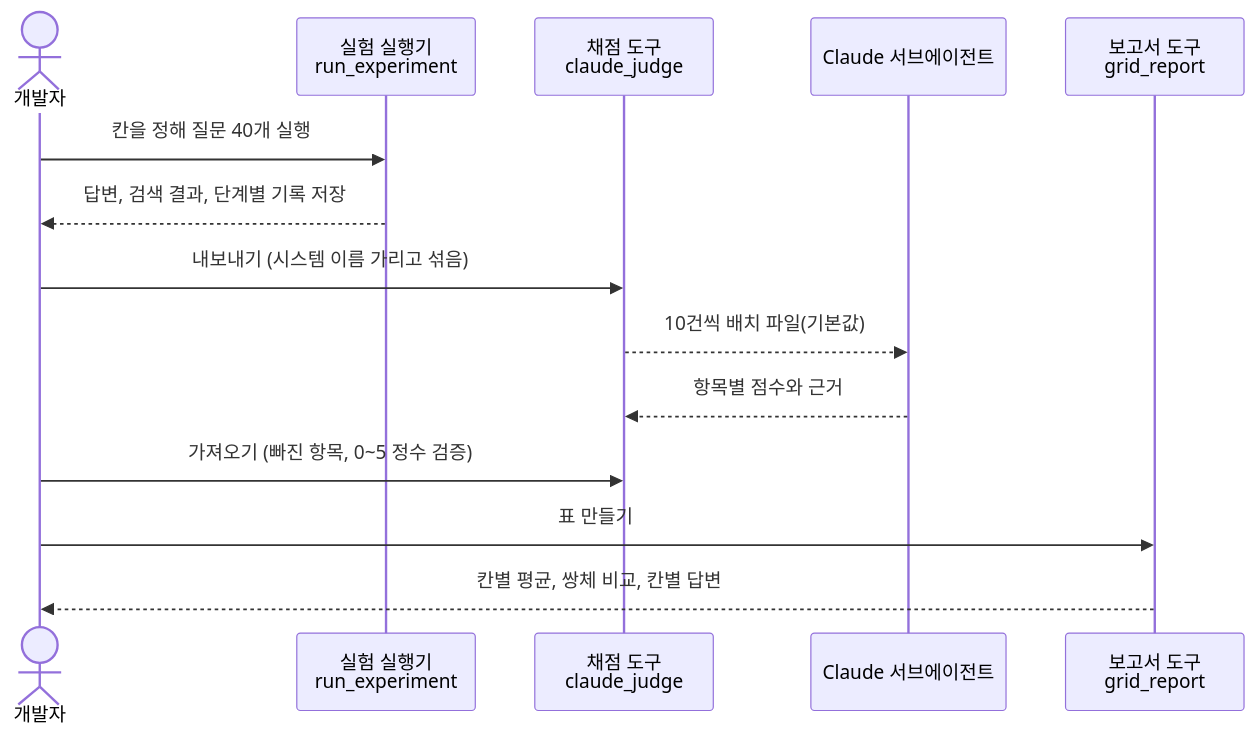
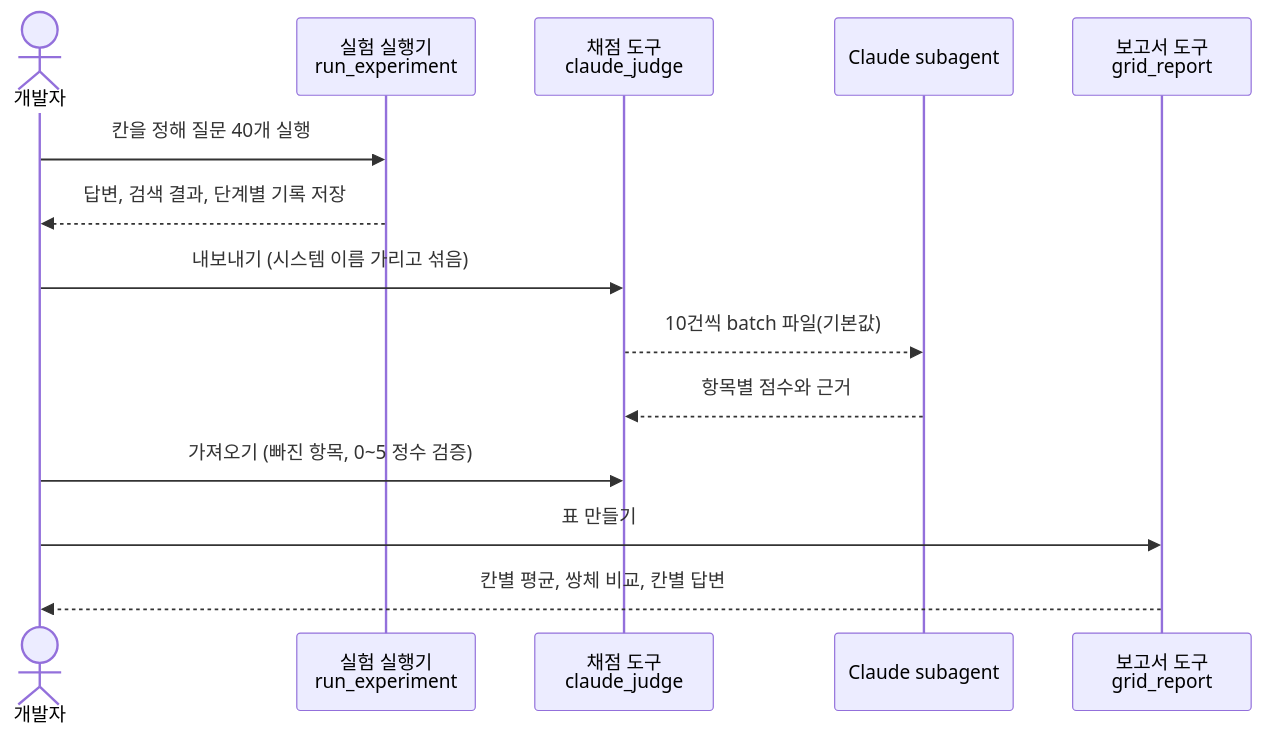
The second of 2 diagrams in docs/06_평가.md (adover134/hierarchical-md-rag), drawn with Mermaid before and after one commit. The commit also changed other lines of this file and 24 other files, not shown here.

````diff
--- a/docs/06_평가.md
+++ b/docs/06_평가.md
@@ -39,17 +39,17 @@
 ```mermaid
 sequenceDiagram
     actor 개발자
     participant R as 실험 실행기<br/>run_experiment
     participant J as 채점 도구<br/>claude_judge
-    participant C as Claude 서브에이전트
+    participant C as Claude subagent
     participant G as 보고서 도구<br/>grid_report
 
     개발자->>R: 칸을 정해 질문 40개 실행
     R-->>개발자: 답변, 검색 결과, 단계별 기록 저장
     개발자->>J: 내보내기 (시스템 이름 가리고 섞음)
-    J-->>C: 10건씩 배치 파일(기본값)
+    J-->>C: 10건씩 batch 파일(기본값)
     C-->>J: 항목별 점수와 근거
     개발자->>J: 가져오기 (빠진 항목, 0~5 정수 검증)
     개발자->>G: 표 만들기
     G-->>개발자: 칸별 평균, 쌍체 비교, 칸별 답변
 ```
````
